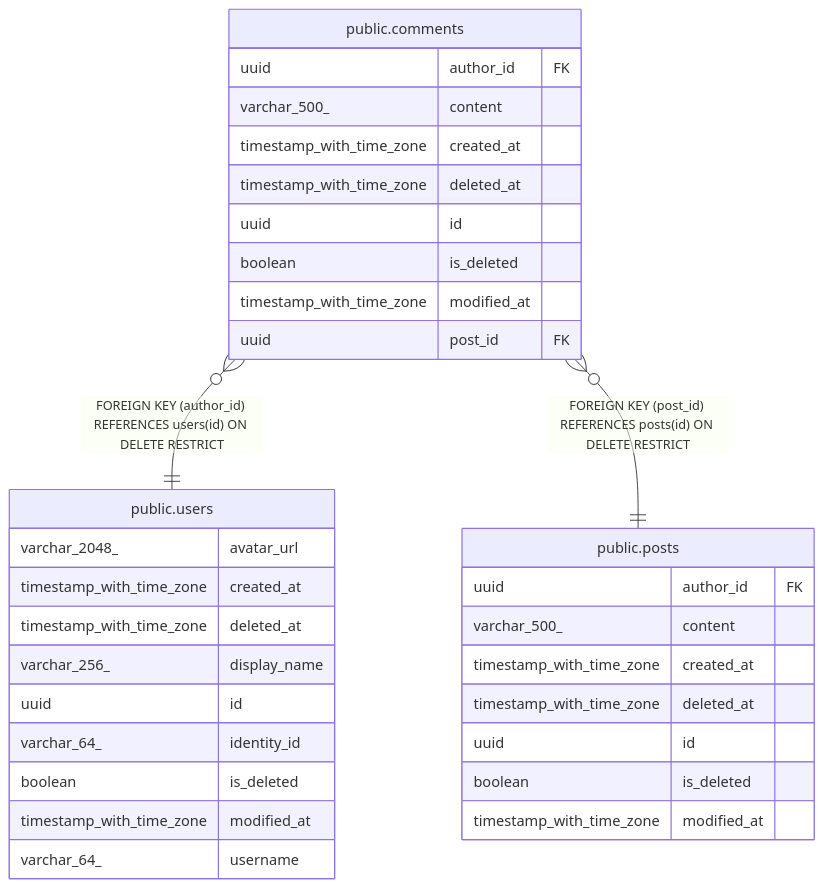
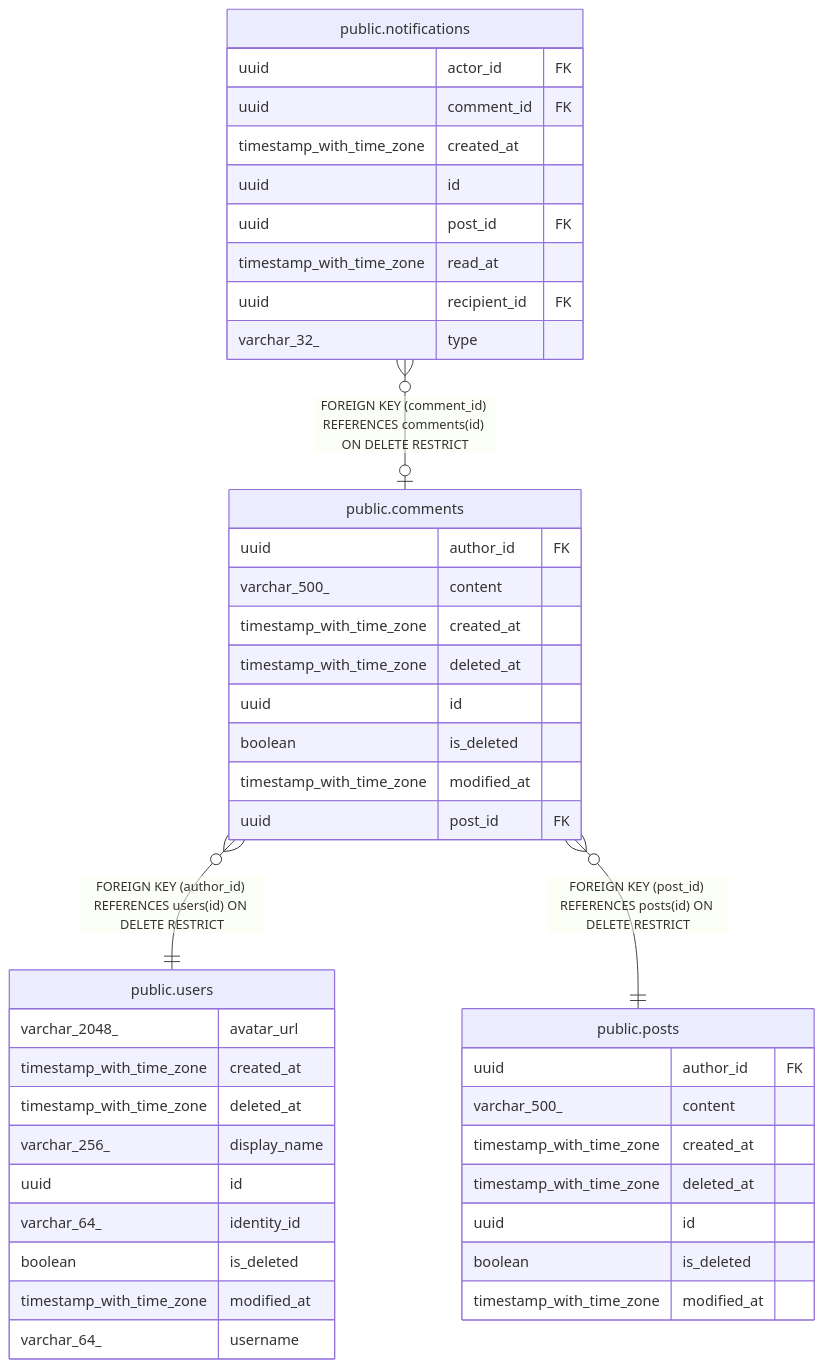
Before and after one commit to trduc2712/choco-api: the diagram in docs/database/public.comments.md, drawn with Mermaid. The commit also changed other lines of this file and 4 other files, not shown here.

````diff
--- a/docs/database/public.comments.md
+++ b/docs/database/public.comments.md
@@ -45,37 +45,48 @@
 ```mermaid
 erDiagram
 
 "public.comments" }o--|| "public.users" : "FOREIGN KEY (author_id) REFERENCES users(id) ON DELETE RESTRICT"
+"public.notifications" }o--o| "public.comments" : "FOREIGN KEY (comment_id) REFERENCES comments(id) ON DELETE RESTRICT"
 "public.comments" }o--|| "public.posts" : "FOREIGN KEY (post_id) REFERENCES posts(id) ON DELETE RESTRICT"
 
 "public.comments" {
   uuid author_id FK
   varchar_500_ content
   timestamp_with_time_zone created_at
   timestamp_with_time_zone deleted_at
   uuid id
   boolean is_deleted
   timestamp_with_time_zone modified_at
   uuid post_id FK
 }
 "public.users" {
   varchar_2048_ avatar_url
   timestamp_with_time_zone created_at
   timestamp_with_time_zone deleted_at
   varchar_256_ display_name
   uuid id
   varchar_64_ identity_id
   boolean is_deleted
   timestamp_with_time_zone modified_at
   varchar_64_ username
 }
+"public.notifications" {
+  uuid actor_id FK
+  uuid comment_id FK
+  timestamp_with_time_zone created_at
+  uuid id
+  uuid post_id FK
+  timestamp_with_time_zone read_at
+  uuid recipient_id FK
+  varchar_32_ type
+}
 "public.posts" {
   uuid author_id FK
   varchar_500_ content
   timestamp_with_time_zone created_at
   timestamp_with_time_zone deleted_at
   uuid id
   boolean is_deleted
   timestamp_with_time_zone modified_at
 }
 ```
````
